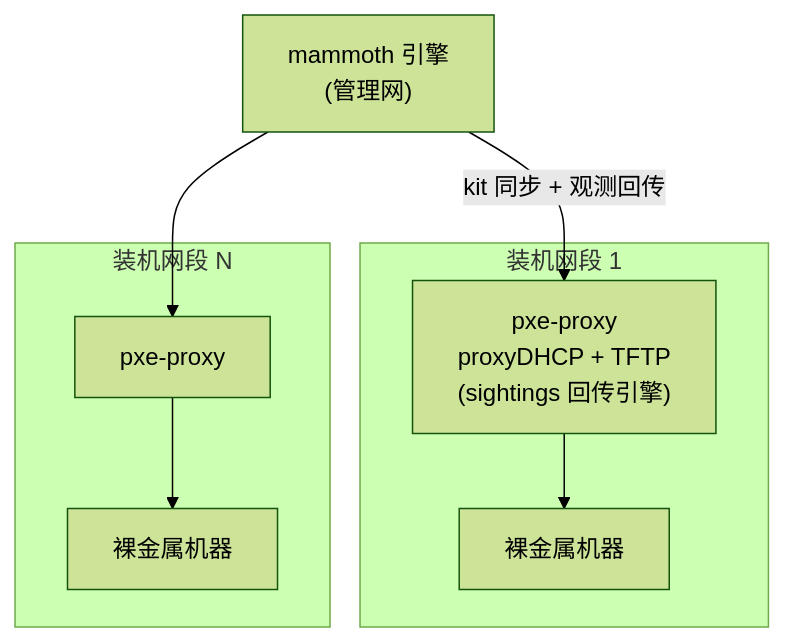
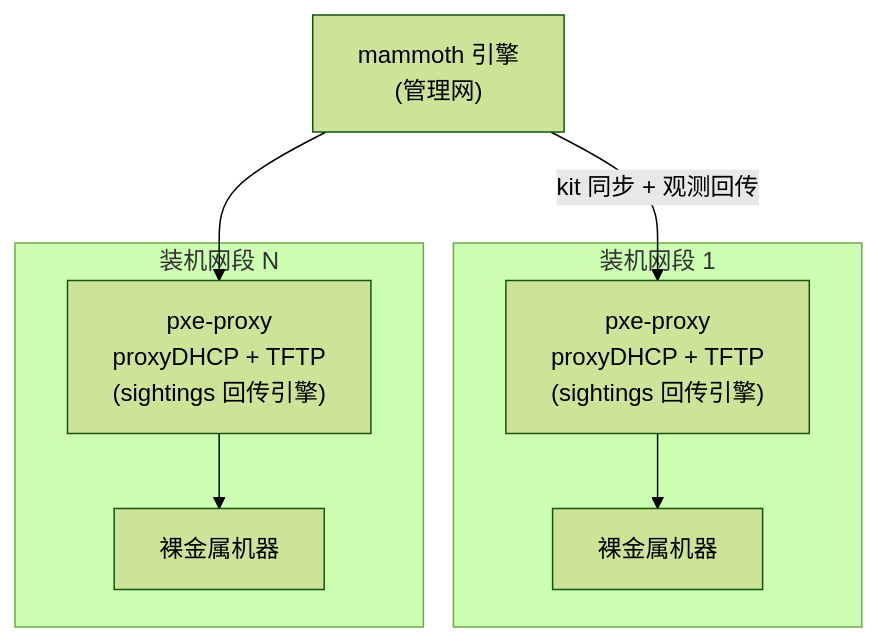
One commit to 3th1nk/mammoth changed the third of 3 diagrams in README.zh-CN.md. Above: the diagram before and after it, drawn with Mermaid (forest theme). The commit also changed 1 other file, not shown here.

Commit message:
docs: VLAN agents 统一为 VLAN proxies + 部署图双子图对称化(中英对齐)

````diff
--- a/README.zh-CN.md
+++ b/README.zh-CN.md
@@ -168,16 +168,16 @@
 ```mermaid
 flowchart TD
     eng["mammoth 引擎<br/>(管理网)"]
     subgraph V1["装机网段 1"]
         a1["pxe-proxy<br/>proxyDHCP + TFTP<br/>(sightings 回传引擎)"]
         m1["裸金属机器"]
     end
     subgraph VN["装机网段 N"]
-        aN["pxe-proxy"]
+        aN["pxe-proxy<br/>proxyDHCP + TFTP<br/>(sightings 回传引擎)"]
         mN["裸金属机器"]
     end
     eng -->|kit 同步 + 观测回传| a1
     eng --> aN
     a1 --> m1
     aN --> mN
 ```
````
